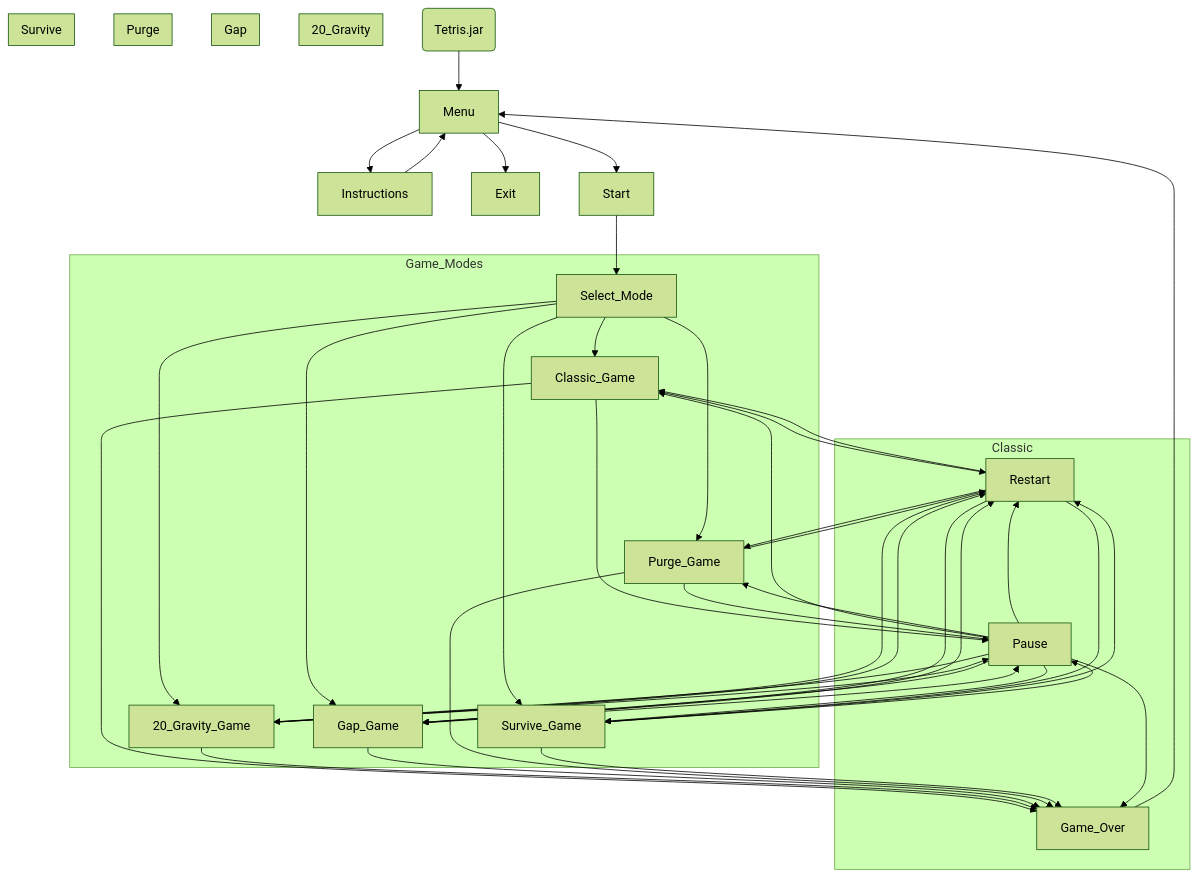
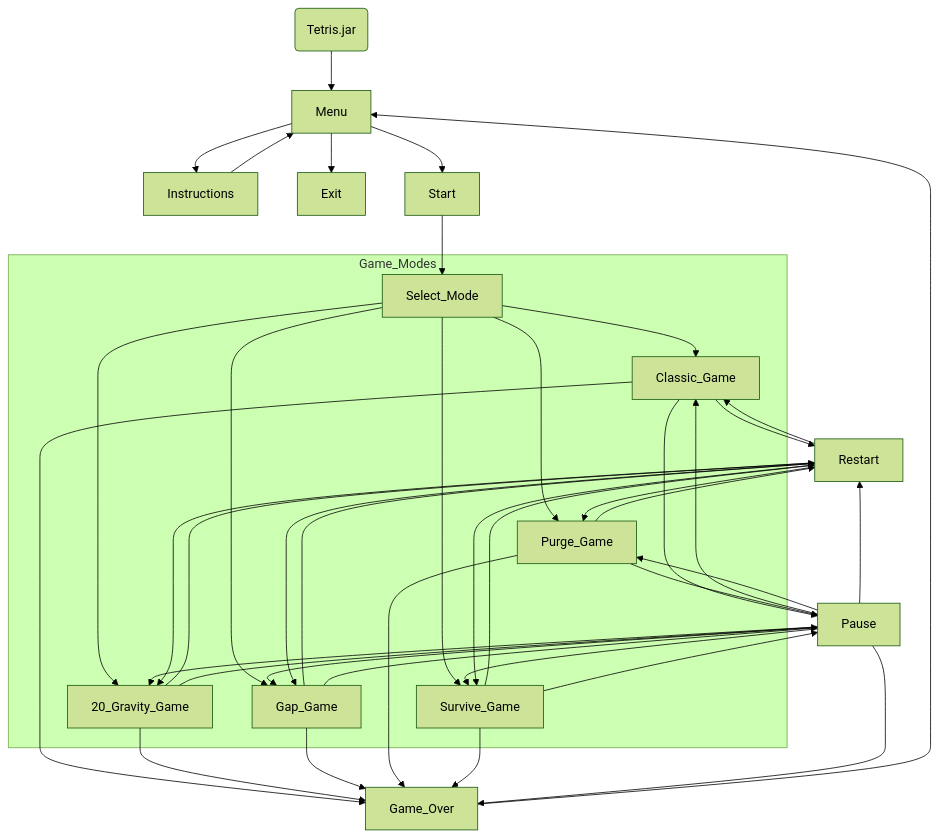
One commit to sheng-luen-chung/JAVA_11302_Project changed the second of 3 diagrams in README.md. Above: the diagram before and after it, drawn with Mermaid (forest theme).

````diff
--- a/README.md
+++ b/README.md
@@ -534,61 +534,51 @@
 ```mermaid
  flowchart TD
     Execute(Tetris.jar)
     Execute --> Menu
     Menu --> Instructions
     Menu --> Exit
     Instructions --> Menu
     Menu --> Start
 
     Start --> Select_Mode
 
     subgraph Game_Modes
         Select_Mode --> Classic_Game
         Select_Mode --> Purge_Game
         Select_Mode --> Survive_Game
         Select_Mode --> 20_Gravity_Game
         Select_Mode --> Gap_Game
     end
 
-    subgraph Classic
-        Classic_Game --> Game_Over
-        Classic_Game --> Restart
-        Classic_Game --> Pause
-    end
-    subgraph 20_Gravity
-        20_Gravity_Game --> Game_Over
-        20_Gravity_Game --> Restart
-        20_Gravity_Game --> Pause
-    end
-    subgraph Gap
-        Gap_Game --> Game_Over
-        Gap_Game --> Restart
-        Gap_Game --> Pause
-    end
-    subgraph Purge
-        Purge_Game --> Game_Over
-        Purge_Game --> Restart
-        Purge_Game --> Pause
-    end
-    subgraph Survive
-        Survive_Game --> Restart
-        Survive_Game --> Game_Over        
-        Survive_Game --> Pause
-    end
+    Classic_Game --> Game_Over
+    Classic_Game --> Restart
+    Classic_Game --> Pause
+    20_Gravity_Game --> Game_Over
+    20_Gravity_Game --> Restart
+    20_Gravity_Game --> Pause
+    Gap_Game --> Game_Over
+    Gap_Game --> Restart
+    Gap_Game --> Pause
+    Purge_Game --> Game_Over
+    Purge_Game --> Restart
+    Purge_Game --> Pause
+    Survive_Game --> Restart
+    Survive_Game --> Game_Over        
+    Survive_Game --> Pause
 
-        Pause --> Game_Over
-        Pause --> Restart
-        Pause --> Classic_Game 
-        Pause --> Purge_Game
-        Pause --> Survive_Game
-        Pause --> 20_Gravity_Game
-        Pause --> Gap_Game
+    Pause --> Game_Over
+    Pause --> Restart
+    Pause --> Classic_Game 
+    Pause --> Purge_Game
+    Pause --> Survive_Game
+    Pause --> 20_Gravity_Game
+    Pause --> Gap_Game
 
     Game_Over --> Menu
 
     Restart --> Classic_Game 
     Restart --> Purge_Game
     Restart --> Survive_Game
     Restart --> 20_Gravity_Game
     Restart --> Gap_Game
 ```
````
